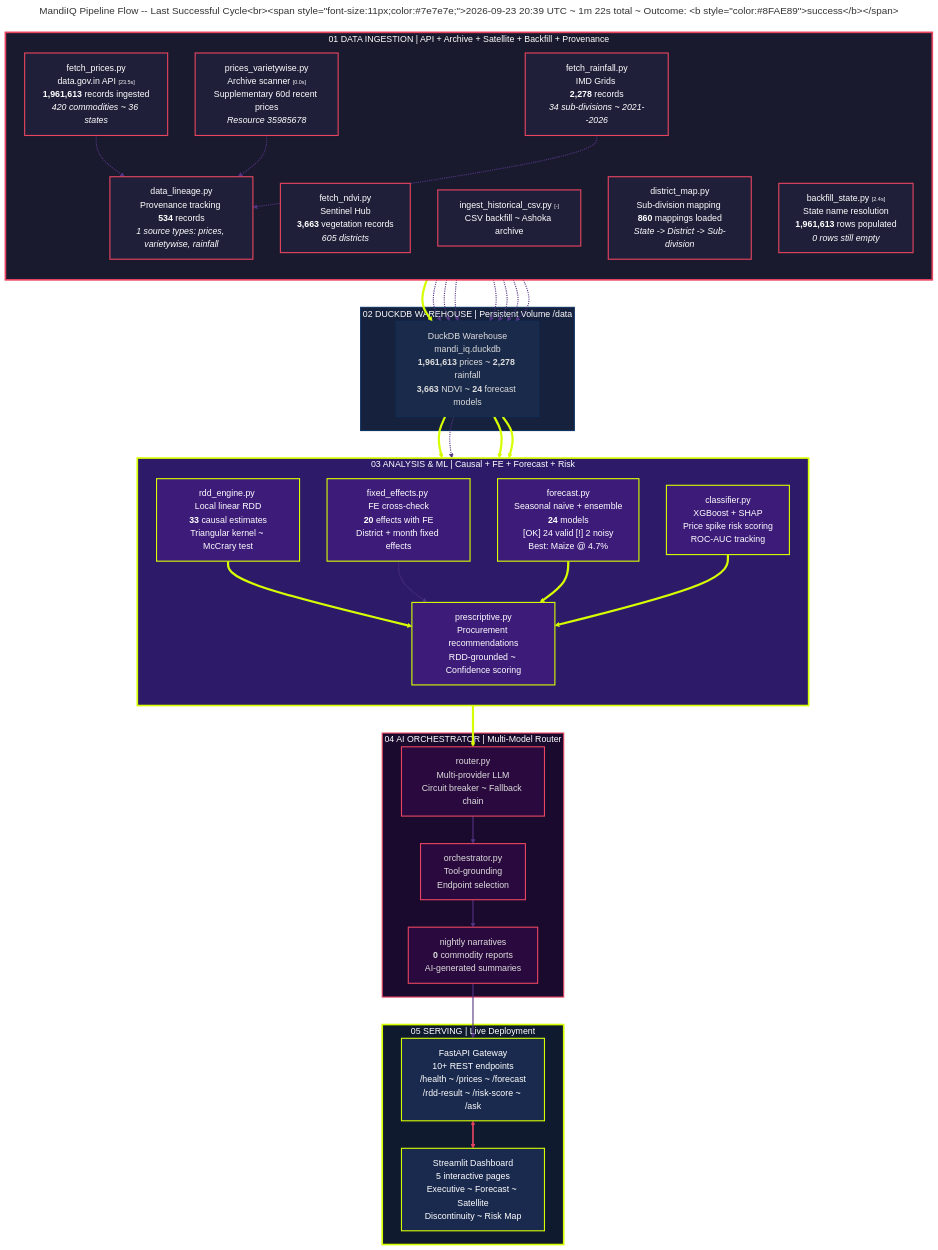
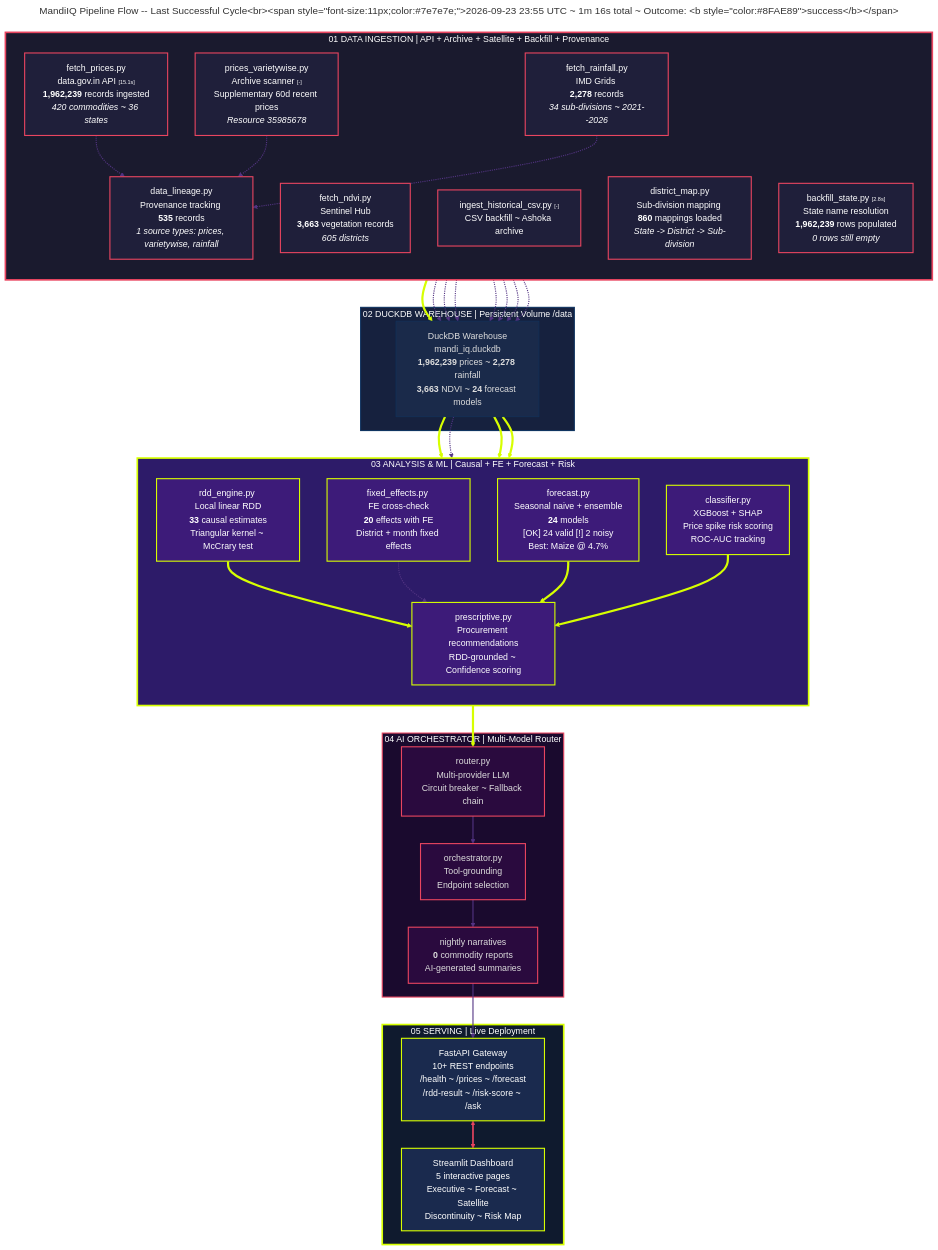
One commit to flawsom/test-mandi changed the diagram in diagrams/pipeline-flow-live.mmd. Above: the diagram before and after it, drawn with Mermaid. The commit also changed 6 other files, not shown here.

```diff
--- a/diagrams/pipeline-flow-live.mmd
+++ b/diagrams/pipeline-flow-live.mmd
@@ -1,139 +1,139 @@
 ---
-title: "MandiIQ Pipeline Flow -- Last Successful Cycle<br/><span style='font-size:11px;color:#7e7e7e;'>2026-09-23 20:39 UTC ~ 1m 22s total ~ Outcome: <b style='color:#8FAE89'>success</b></span>"
+title: "MandiIQ Pipeline Flow -- Last Successful Cycle<br/><span style='font-size:11px;color:#7e7e7e;'>2026-09-23 23:55 UTC ~ 1m 16s total ~ Outcome: <b style='color:#8FAE89'>success</b></span>"
 ---
 %%{init: {
   "theme": "dark",
   "themeVariables": {
     "primaryColor": "#1a1a2e",
     "primaryTextColor": "#ffffff",
     "primaryBorderColor": "#d7ff00",
     "lineColor": "#d7ff00",
     "secondaryColor": "#16213e",
     "tertiaryColor": "#0f3460",
     "mainBkg": "#0d0d1a",
     "nodeBorder": "#533483",
     "clusterBkg": "#0a0a12",
     "clusterBorder": "#2a2a4a",
     "titleColor": "#d7ff00",
     "edgeLabelBackground": "#0d0d1a",
     "nodeTextColor": "#ffffff",
     "fontFamily": "\"Space Grotesk\", \"Inter\", sans-serif"
   },
   "flowchart": {
     "useMaxWidth": true,
     "htmlLabels": true,
     "curve": "basis",
     "padding": 20
   }
 }%%
 flowchart TD
     %% Stage 1: DATA INGESTION
     subgraph S1["01 DATA INGESTION  | API + Archive + Satellite + Backfill + Provenance"]
         direction TB
-        A1["fetch_prices.py<br/>data.gov.in API <span style='color:#7e7e7e;font-size:10px;'>[23.5s]</span><br/><b>1,961,613</b> records ingested<br/><i>420 commodities ~ 36 states</i>"]
-        A2["prices_varietywise.py<br/>Archive scanner <span style='color:#7e7e7e;font-size:10px;'>[0.0s]</span><br/>Supplementary 60d recent prices<br/><i>Resource 35985678</i>"]
+        A1["fetch_prices.py<br/>data.gov.in API <span style='color:#7e7e7e;font-size:10px;'>[15.1s]</span><br/><b>1,962,239</b> records ingested<br/><i>420 commodities ~ 36 states</i>"]
+        A2["prices_varietywise.py<br/>Archive scanner <span style='color:#7e7e7e;font-size:10px;'>[-]</span><br/>Supplementary 60d recent prices<br/><i>Resource 35985678</i>"]
         A3["fetch_rainfall.py<br/>IMD Grids <br/><b>2,278</b> records<br/><i>34 sub-divisions ~ 2021--2026</i>"]
         A4["fetch_ndvi.py<br/>Sentinel Hub <br/><b>3,663</b> vegetation records<br/><i>605 districts</i>"]
         A5["ingest_historical_csv.py <span style='color:#7e7e7e;font-size:10px;'>[-]</span><br/>CSV backfill ~ Ashoka archive"]
         A6["district_map.py<br/>Sub-division mapping <br/><b>860</b> mappings loaded<br/><i>State -> District -> Sub-division</i>"]
-        A7["backfill_state.py <span style='color:#7e7e7e;font-size:10px;'>[2.4s]</span><br/>State name resolution<br/><b>1,961,613</b> rows populated<br/><i>0 rows still empty</i>"]
-        A8["data_lineage.py<br/>Provenance tracking <br/><b>534</b> records<br/><i>1 source types: prices, varietywise, rainfall</i>"]
+        A7["backfill_state.py <span style='color:#7e7e7e;font-size:10px;'>[2.8s]</span><br/>State name resolution<br/><b>1,962,239</b> rows populated<br/><i>0 rows still empty</i>"]
+        A8["data_lineage.py<br/>Provenance tracking <br/><b>535</b> records<br/><i>1 source types: prices, varietywise, rainfall</i>"]
     end
 
     %% Stage 2: DUCKDB WAREHOUSE
     subgraph S2["02 DUCKDB WAREHOUSE  | Persistent Volume /data"]
-        B1["DuckDB Warehouse<br/>mandi_iq.duckdb<br/><b>1,961,613</b> prices ~ <b>2,278</b> rainfall<br/><b>3,663</b> NDVI ~ <b>24</b> forecast models"]
+        B1["DuckDB Warehouse<br/>mandi_iq.duckdb<br/><b>1,962,239</b> prices ~ <b>2,278</b> rainfall<br/><b>3,663</b> NDVI ~ <b>24</b> forecast models"]
     end
 
     %% Stage 3: ANALYSIS & ML
     subgraph S3["03 ANALYSIS & ML  | Causal + FE + Forecast + Risk"]
         direction TB
         C1["rdd_engine.py <br/>Local linear RDD<br/><b>33</b> causal estimates<br/>Triangular kernel ~ McCrary test"]
         C2["fixed_effects.py <br/>FE cross-check<br/><b>20</b> effects with FE<br/>District + month fixed effects"]
         C3["forecast.py <br/>Seasonal naive + ensemble<br/><b>24</b> models<br/><span style='color:#8FAE89'>[OK] 24 valid</span> <span style='color:#D9663B'>[!] 2 noisy</span><br/>Best: Maize @ 4.7%"]
         C4["classifier.py <br/>XGBoost + SHAP<br/>Price spike risk scoring<br/>ROC-AUC tracking"]
         C5["prescriptive.py<br/>Procurement recommendations<br/>RDD-grounded ~ Confidence scoring"]
     end
 
     %% Stage 4: AI ORCHESTRATOR
     subgraph S4["04 AI ORCHESTRATOR  | Multi-Model Router"]
         D1["router.py<br/>Multi-provider LLM<br/>Circuit breaker ~ Fallback chain"]
         D2["orchestrator.py<br/>Tool-grounding<br/>Endpoint selection"]
         D3["nightly narratives<br/><b>0</b> commodity reports<br/>AI-generated summaries"]
     end
 
     %% Stage 5: SERVING
     subgraph S5["05 SERVING  | Live Deployment"]
         E1["FastAPI Gateway<br/>10+ REST endpoints<br/>/health ~ /prices ~ /forecast<br/>/rdd-result ~ /risk-score ~ /ask"]
         E2["Streamlit Dashboard<br/>5 interactive pages<br/>Executive ~ Forecast ~ Satellite<br/>Discontinuity ~ Risk Map"]
     end
 
     %% Main flow: ingestion -> warehouse
     A1 ==> B1
     A2 -.-> B1
     A3 -.-> B1
     A4 -.-> B1
     A5 -.-> B1
     A6 -.-> B1
     A7 -.-> B1
 
     %% Main flow: ingestion -> provenance tracking
     A1 -.-> A8
     A2 -.-> A8
     A3 -.-> A8
     A8 -.-> B1
 
     %% Main flow: warehouse -> analysis
     B1 ==> C1
     B1 -.-> C2
     B1 ==> C3
     B1 ==> C4
 
     %% Main flow: analysis -> prescriptive -> AI
     C1 ==> C5
     C2 -.-> C5
     C3 ==> C5
     C4 ==> C5
 
     C5 ==> D1
     D1 ==> D2
     D2 ==> D3
     D3 ==> E1
 
     E1 <==> E2
 
     %% Edge styling: thick = primary path
     linkStyle 0,11,13,14,15,17,18,19 stroke-width:4px,stroke:#d7ff00,fill:none
     linkStyle 1,2,3,4,5,6,7,8,9,10,12,16,20,21,22 stroke-width:2px,stroke:#533483,fill:none
     linkStyle 23 stroke-width:3px,stroke:#e94560,fill:none
 
     %% Stage classes
     classDef stage1 fill:#1a1a2e,stroke:#e94560,stroke-width:3px,color:#fff
     classDef stage1Node fill:#1f1f3a,stroke:#e94560,stroke-width:2px,color:#fff
 
     classDef stage2 fill:#16213e,stroke:#0f3460,stroke-width:2px,color:#fff
     classDef stage2Node fill:#1a2a4a,stroke:#0f3460,stroke-width:1px,color:#ddd
 
     classDef stage3 fill:#2d1b69,stroke:#d7ff00,stroke-width:3px,color:#fff
     classDef stage3Node fill:#3d1b79,stroke:#d7ff00,stroke-width:2px,color:#fff
 
     classDef stage4 fill:#1a0a2e,stroke:#e94560,stroke-width:2px,color:#fff
     classDef stage4Node fill:#2a0a3e,stroke:#e94560,stroke-width:2px,color:#ddd
 
     classDef stage5 fill:#0f1a2e,stroke:#d7ff00,stroke-width:3px,color:#fff
     classDef stage5Node fill:#1a2a4e,stroke:#d7ff00,stroke-width:2px,color:#fff
 
     class S1 stage1
     class A1,A2,A3,A4,A5,A6,A7,A8 stage1Node
 
     class S2 stage2
     class B1 stage2Node
 
     class S3 stage3
     class C1,C2,C3,C4,C5 stage3Node
 
     class S4 stage4
     class D1,D2,D3 stage4Node
 
     class S5 stage5
     class E1,E2 stage5Node
```
